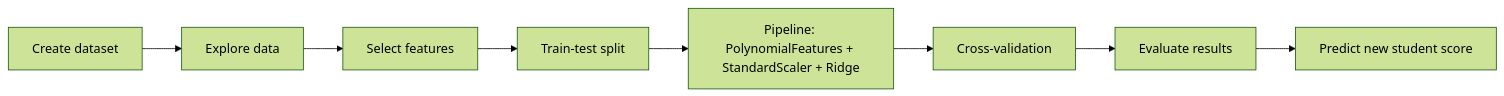
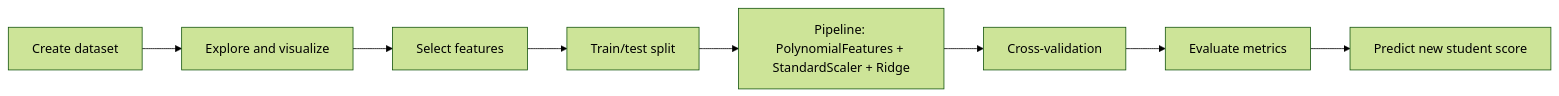
Before and after one commit to TUZHAR-404/Student-Performance-Prediction: the diagram in README.md, drawn with Mermaid (forest theme). The commit also changed other lines of this file, not shown here.

````diff
--- a/README.md
+++ b/README.md
@@ -38,10 +10,10 @@
 ```mermaid
 flowchart LR
-    A[Create dataset] --> B[Explore data]
-    B --> C[Select features]
-    C --> D[Train-test split]
-    D --> E[Pipeline: PolynomialFeatures + StandardScaler + Ridge]
-    E --> F[Cross-validation]
-    F --> G[Evaluate results]
-    G --> H[Predict new student score]
+        A[Create dataset] --> B[Explore and visualize]
+        B --> C[Select features]
+        C --> D[Train/test split]
+        D --> E[Pipeline: PolynomialFeatures + StandardScaler + Ridge]
+        E --> F[Cross-validation]
+        F --> G[Evaluate metrics]
+        G --> H[Predict new student score]
 ```
````
